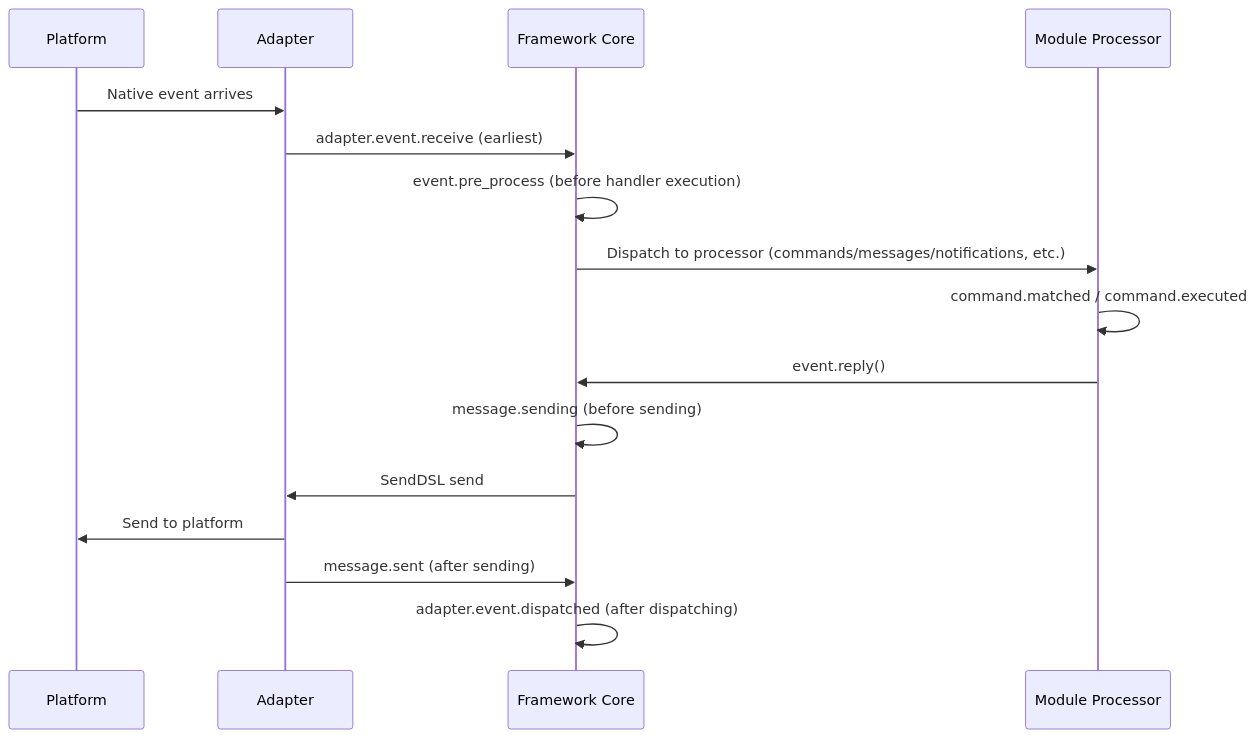
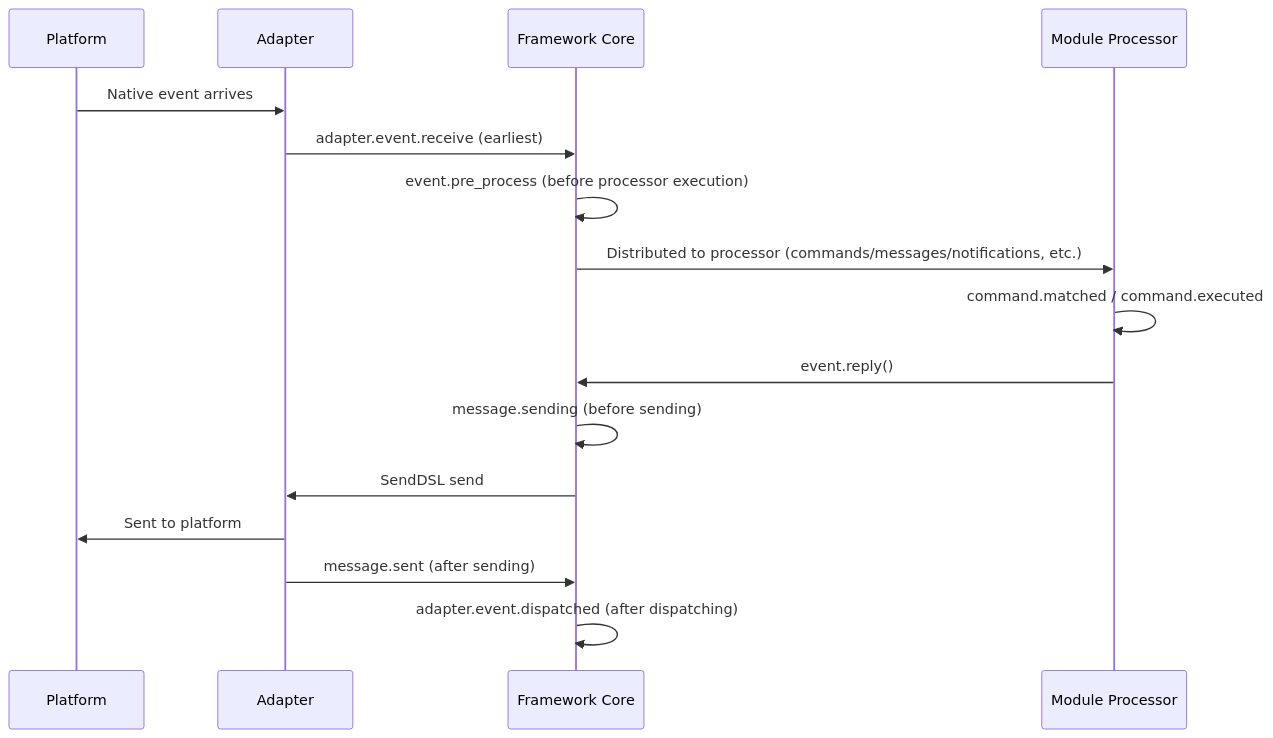
Before and after one commit to ErisPulse/ErisPulse: the diagram in docs/en/advanced/lifecycle.md, drawn with Mermaid. The commit also changed other lines of this file and 75 other files, not shown here.

````diff
--- a/docs/en/advanced/lifecycle.md
+++ b/docs/en/advanced/lifecycle.md
@@ -93,19 +117,19 @@
 ```mermaid
 sequenceDiagram
     participant P as Platform
     participant A as Adapter
     participant F as Framework Core
     participant M as Module Processor
 
     P->>A: Native event arrives
     A->>F: adapter.event.receive (earliest)
-    F->>F: event.pre_process (before handler execution)
-    F->>M: Dispatch to processor (commands/messages/notifications, etc.)
+    F->>F: event.pre_process (before processor execution)
+    F->>M: Distributed to processor (commands/messages/notifications, etc.)
     M->>M: command.matched / command.executed
     M->>F: event.reply()
     F->>F: message.sending (before sending)
     F->>A: SendDSL send
-    A->>P: Send to platform
+    A->>P: Sent to platform
     A->>F: message.sent (after sending)
     F->>F: adapter.event.dispatched (after dispatching)
 ```
````
